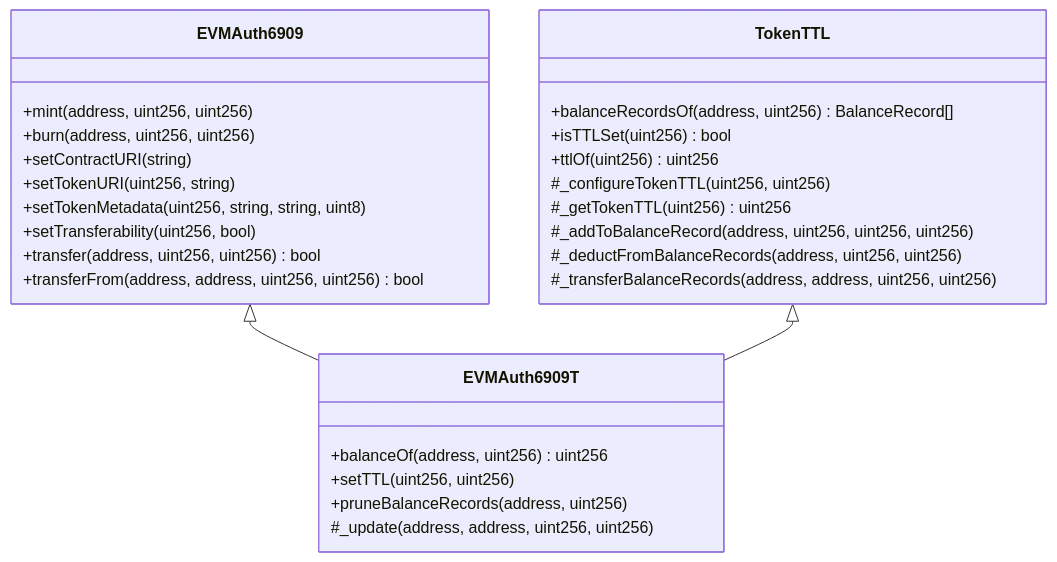
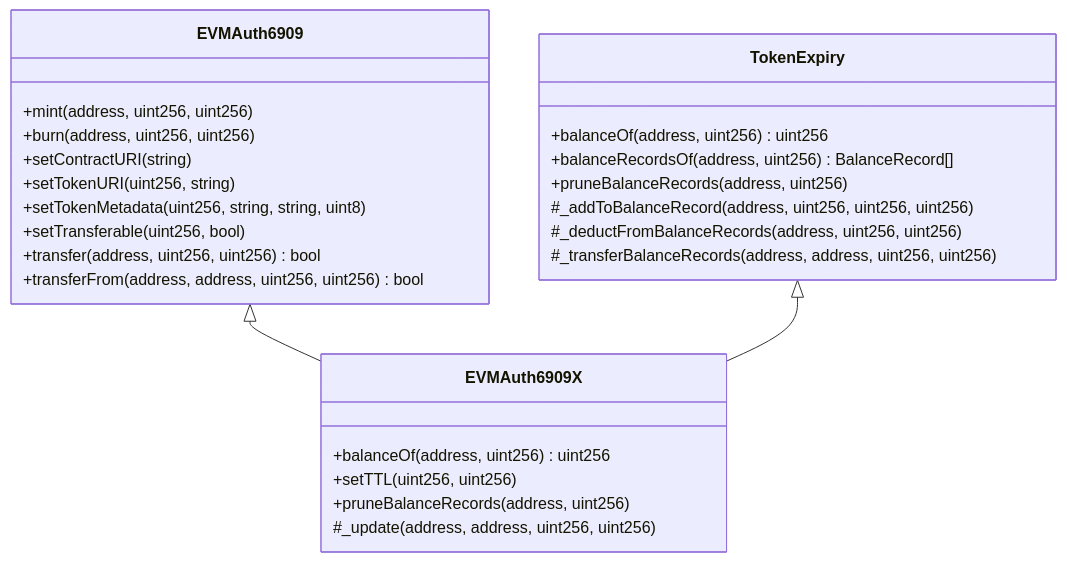
Diagram 16 of 18 in src/README.md (glanzz/evmauth-core), drawn with Mermaid before and after one commit. The commit also changed other lines of this file and 28 other files, not shown here.

````diff
--- a/src/README.md
+++ b/src/README.md
@@ -852,32 +789,30 @@
 ```mermaid
 classDiagram
     class EVMAuth6909{
         +mint(address, uint256, uint256)
         +burn(address, uint256, uint256)
         +setContractURI(string)
         +setTokenURI(uint256, string)
         +setTokenMetadata(uint256, string, string, uint8)
-        +setTransferability(uint256, bool)
+        +setTransferable(uint256, bool)
         +transfer(address, uint256, uint256) bool
         +transferFrom(address, address, uint256, uint256) bool
     }
-    class TokenTTL{
+    class TokenExpiry{
+        +balanceOf(address, uint256) uint256
         +balanceRecordsOf(address, uint256) BalanceRecord[]
-        +isTTLSet(uint256) bool
-        +ttlOf(uint256) uint256
-        #_configureTokenTTL(uint256, uint256)
-        #_getTokenTTL(uint256) uint256
+        +pruneBalanceRecords(address, uint256)
         #_addToBalanceRecord(address, uint256, uint256, uint256)
         #_deductFromBalanceRecords(address, uint256, uint256)
         #_transferBalanceRecords(address, address, uint256, uint256)
     }
-    class EVMAuth6909T{
+    class EVMAuth6909X{
         +balanceOf(address, uint256) uint256
         +setTTL(uint256, uint256)
         +pruneBalanceRecords(address, uint256)
         #_update(address, address, uint256, uint256)
     }
     
-    EVMAuth6909 <|-- EVMAuth6909T
-    TokenTTL <|-- EVMAuth6909T
+    EVMAuth6909 <|-- EVMAuth6909X
+    TokenExpiry <|-- EVMAuth6909X
 ```
````
